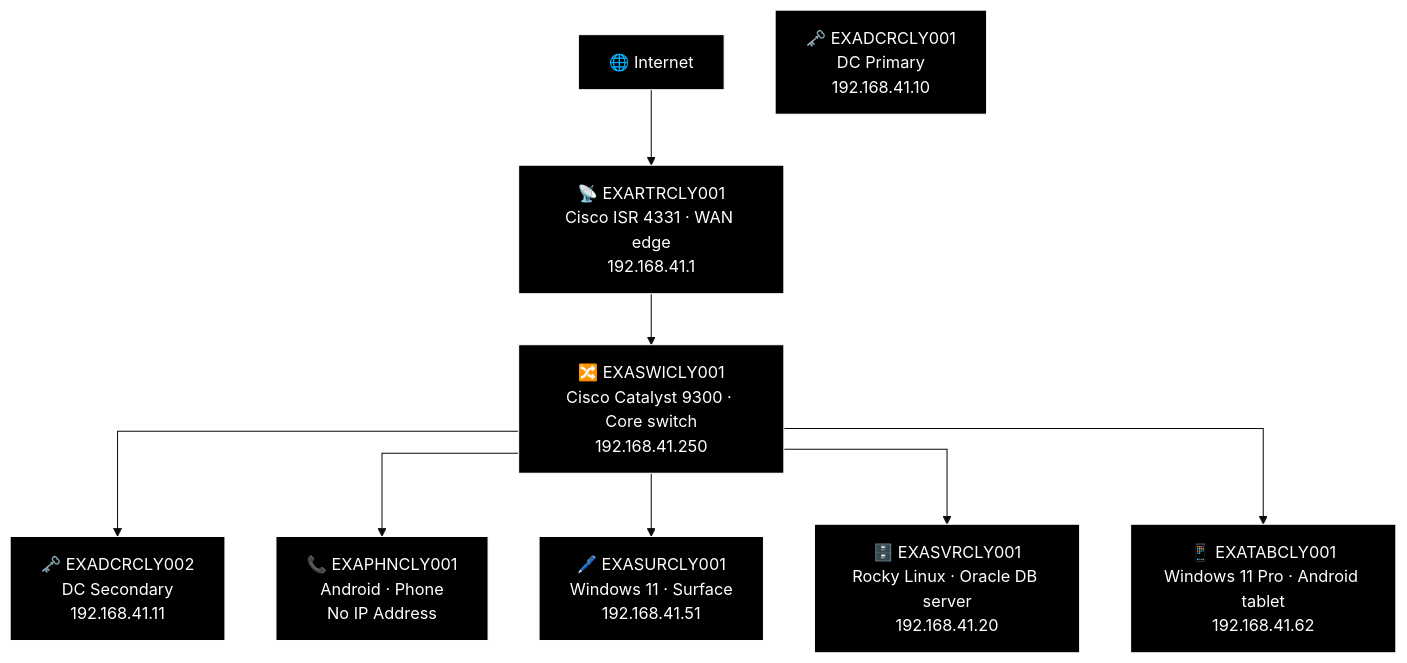
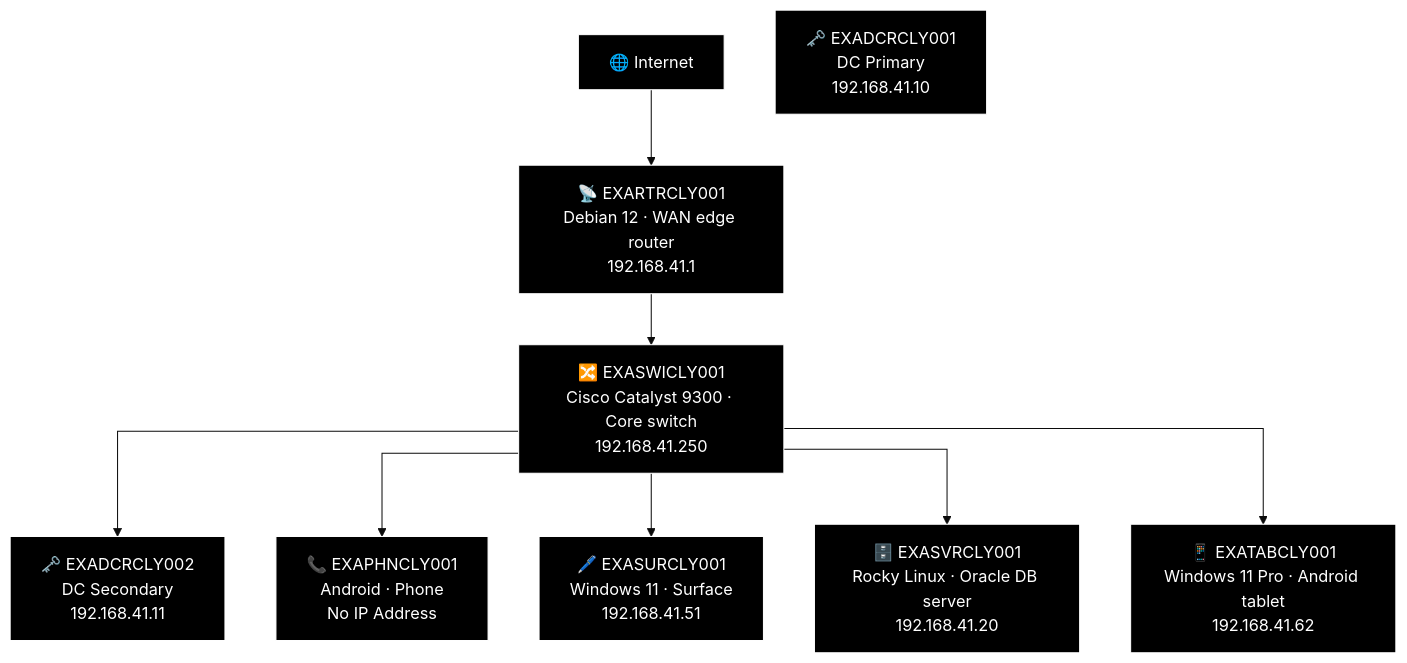
The tenth of 21 diagrams in docs/network-diagram/scotland.md (knightmare2600/example_music_infra), drawn with Mermaid (base theme) before and after one commit. The commit also changed other lines of this file and 9 other files, not shown here.

````diff
--- a/docs/network-diagram/scotland.md
+++ b/docs/network-diagram/scotland.md
@@ -692,32 +692,32 @@
 ```mermaid
 %% GENERATED:OLDNETWORK:CLY:START
 %%{init: {'flowchart': {'curve': 'stepAfter'}}}%%
 graph TD
     O_INET["🌐 Internet"]
-    O_RTR["📡 EXARTRCLY001<br/>Cisco ISR 4331 · WAN edge<br/>192.168.41.1"]
+    O_RTR["📡 EXARTRCLY001<br/>Debian 12 · WAN edge router<br/>192.168.41.1"]
     O_SWI["🔀 EXASWICLY001<br/>Cisco Catalyst 9300 · Core switch<br/>192.168.41.250"]
     O_DCR1["🗝️ EXADCRCLY001<br/>DC Primary<br/>192.168.41.10"]
     O_DCR2["🗝️ EXADCRCLY002<br/>DC Secondary<br/>192.168.41.11"]
     O_PHN["📞 EXAPHNCLY001<br/>Android · Phone<br/>No IP Address"]
     O_SUR["🖊️ EXASURCLY001<br/>Windows 11 · Surface<br/>192.168.41.51"]
     O_SVR["🗄️ EXASVRCLY001<br/>Rocky Linux · Oracle DB server<br/>192.168.41.20"]
     O_TAB["📱 EXATABCLY001<br/>Windows 11 Pro · Android tablet<br/>192.168.41.62"]
     O_INET --> O_RTR
     O_RTR --> O_SWI
     O_SWI --> O_DCR2
     O_SWI --> O_PHN
     O_SWI --> O_SUR
     O_SWI --> O_SVR
     O_SWI --> O_TAB
 
     style O_INET fill:#000000,stroke:#FFFFFF,color:#FFFFFF
     style O_RTR fill:#000000,stroke:#FFFFFF,color:#FFFFFF
     style O_SWI fill:#000000,stroke:#FFFFFF,color:#FFFFFF
     style O_DCR1 fill:#000000,stroke:#FFFFFF,color:#FFFFFF
     style O_DCR2 fill:#000000,stroke:#FFFFFF,color:#FFFFFF
     style O_PHN fill:#000000,stroke:#FFFFFF,color:#FFFFFF
     style O_SUR fill:#000000,stroke:#FFFFFF,color:#FFFFFF
     style O_SVR fill:#000000,stroke:#FFFFFF,color:#FFFFFF
     style O_TAB fill:#000000,stroke:#FFFFFF,color:#FFFFFF
 %% GENERATED:OLDNETWORK:CLY:END
 ```
````
